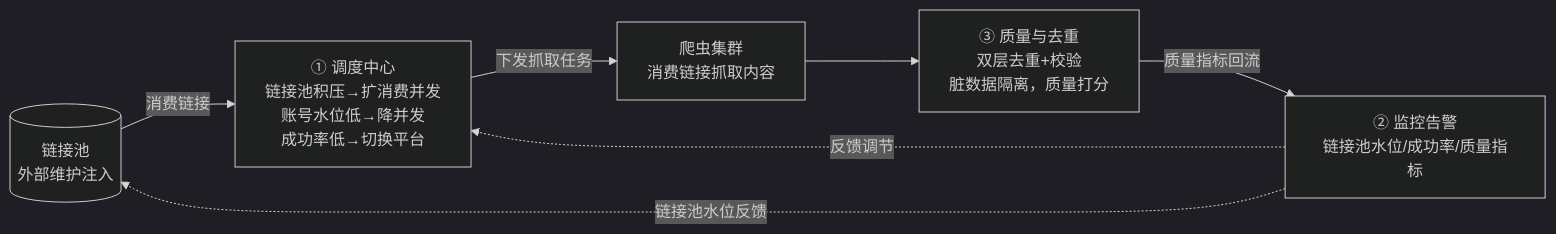
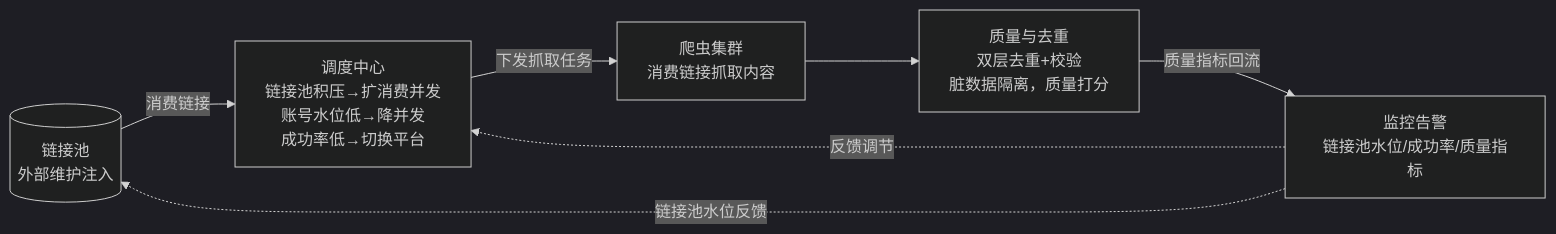
One commit to Sj-g/obsidian changed the sixth of 6 diagrams in 公司项目/认知作战/软件概要设计简述.md. Above: the diagram before and after it, drawn with Mermaid (dark theme). The commit also changed other lines of this file, not shown here.

````diff
--- a/公司项目/认知作战/软件概要设计简述.md
+++ b/公司项目/认知作战/软件概要设计简述.md
@@ -398,15 +395,15 @@
 ```mermaid
 flowchart LR
     LP[("链接池<br/>外部维护注入")]
-    MON["② 监控告警<br/>链接池水位/成功率/质量指标"]
-    SCH["① 调度中心<br/>链接池积压→扩消费并发<br/>账号水位低→降并发<br/>成功率低→切换平台"]
+    MON["监控告警<br/>链接池水位/成功率/质量指标"]
+    SCH["调度中心<br/>链接池积压→扩消费并发<br/>账号水位低→降并发<br/>成功率低→切换平台"]
     CRAWL["爬虫集群<br/>消费链接抓取内容"]
-    QUAL["③ 质量与去重<br/>双层去重+校验<br/>脏数据隔离，质量打分"]
+    QUAL["质量与去重<br/>双层去重+校验<br/>脏数据隔离，质量打分"]
 
     LP -->|"消费链接"| SCH
     MON -.->|"反馈调节"| SCH
     SCH -->|"下发抓取任务"| CRAWL
     CRAWL --> QUAL
     QUAL -->|"质量指标回流"| MON
     MON -.->|"链接池水位反馈"| LP
 ```
````
